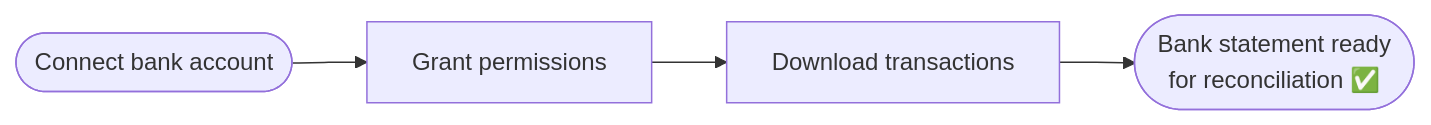
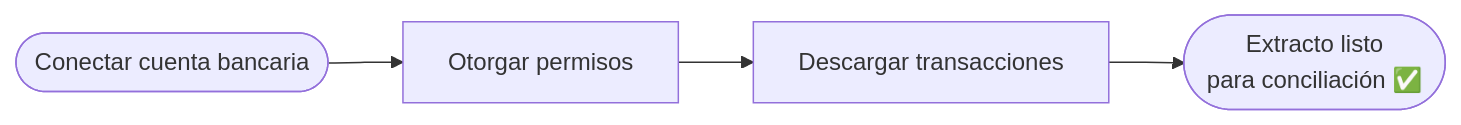
One commit to etendosoftware/docs changed the first of 2 diagrams in docs/es/user-guide/etendo-classic/optional-features/bundles/financial-extensions/bank-integration.md. Above: the diagram before and after it, drawn with Mermaid. The commit also changed other lines of this file and 4 other files, not shown here.

````diff
--- a/docs/es/user-guide/etendo-classic/optional-features/bundles/financial-extensions/bank-integration.md
+++ b/docs/es/user-guide/etendo-classic/optional-features/bundles/financial-extensions/bank-integration.md
@@ -28,6 +28,6 @@
     ``` mermaid
     flowchart LR
-        A([Connect bank account]) --> B[Grant permissions]
-        B --> C[Download transactions]
-        C --> D([Bank statement ready\nfor reconciliation ✅])
+        A([Conectar cuenta bancaria]) --> B[Otorgar permisos]
+        B --> C[Descargar transacciones]
+        C --> D([Extracto listo<br/>para conciliación ✅])
     ```
````
